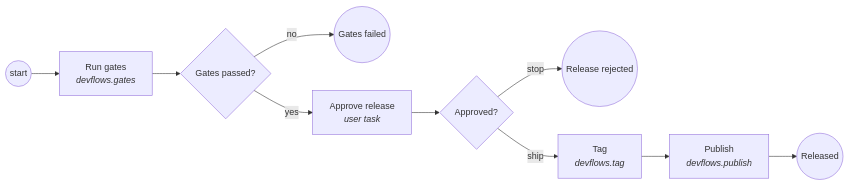
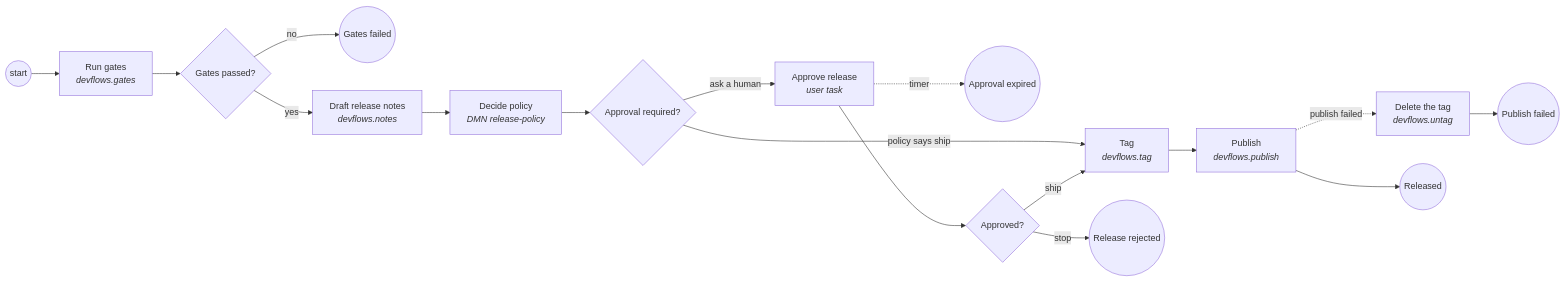
The second of 2 diagrams in README.md (0langa/cibseven-devflows), drawn with Mermaid before and after one commit. The commit also changed other lines of this file and 30 other files, not shown here.

First line of the commit message:
v0.2.0: a decision table, AI-drafted notes, compensation and a timer

````diff
--- a/README.md
+++ b/README.md
@@ -37,12 +48,19 @@
 ```mermaid
 flowchart LR
     start((start)) --> gates["Run gates<br/><i>devflows.gates</i>"]
     gates --> q1{Gates passed?}
     q1 -- no --> failed((Gates failed))
-    q1 -- yes --> approve["Approve release<br/><i>user task</i>"]
-    approve --> q2{Approved?}
-    q2 -- stop --> rejected((Release rejected))
-    q2 -- ship --> tag["Tag<br/><i>devflows.tag</i>"]
+    q1 -- yes --> notes["Draft release notes<br/><i>devflows.notes</i>"]
+    notes --> policy["Decide policy<br/><i>DMN release-policy</i>"]
+    policy --> q2{Approval required?}
+    q2 -- "policy says ship" --> tag
+    q2 -- "ask a human" --> approve["Approve release<br/><i>user task</i>"]
+    approve -. timer .-> expired((Approval expired))
+    approve --> q3{Approved?}
+    q3 -- stop --> rejected((Release rejected))
+    q3 -- ship --> tag["Tag<br/><i>devflows.tag</i>"]
     tag --> publish["Publish<br/><i>devflows.publish</i>"]
+    publish -. "publish failed" .-> undo["Delete the tag<br/><i>devflows.untag</i>"]
+    undo --> pubfail((Publish failed))
     publish --> released((Released))
 ```
````
